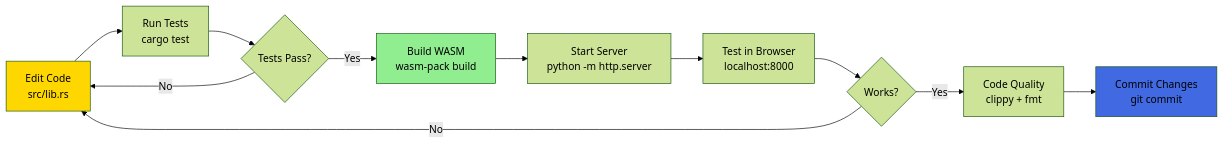
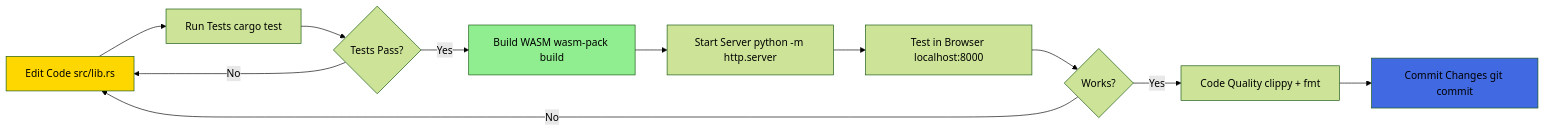
One commit to softwarewrighter/rts_mock changed the diagram in wiki/Development-Guide.md. Above: the diagram before and after it, drawn with Mermaid (forest theme). The commit also changed 5 other files, not shown here.

First line of the commit message:
Fix wiki Mermaid diagrams: remove <br/> tags

````diff
--- a/wiki/Development-Guide.md
+++ b/wiki/Development-Guide.md
@@ -241,17 +241,17 @@
 ```mermaid
 graph LR
-    A[Edit Code<br/>src/lib.rs] --> B[Run Tests<br/>cargo test]
+    A[Edit Code src/lib.rs] --> B[Run Tests cargo test]
     B --> C{Tests Pass?}
     C -->|No| A
-    C -->|Yes| D[Build WASM<br/>wasm-pack build]
-    D --> E[Start Server<br/>python -m http.server]
-    E --> F[Test in Browser<br/>localhost:8000]
+    C -->|Yes| D[Build WASM wasm-pack build]
+    D --> E[Start Server python -m http.server]
+    E --> F[Test in Browser localhost:8000]
     F --> G{Works?}
     G -->|No| A
-    G -->|Yes| H[Code Quality<br/>clippy + fmt]
-    H --> I[Commit Changes<br/>git commit]
+    G -->|Yes| H[Code Quality clippy + fmt]
+    H --> I[Commit Changes git commit]
 
     style A fill:#FFD700
     style D fill:#90EE90
     style I fill:#4169E1
 ```
````
